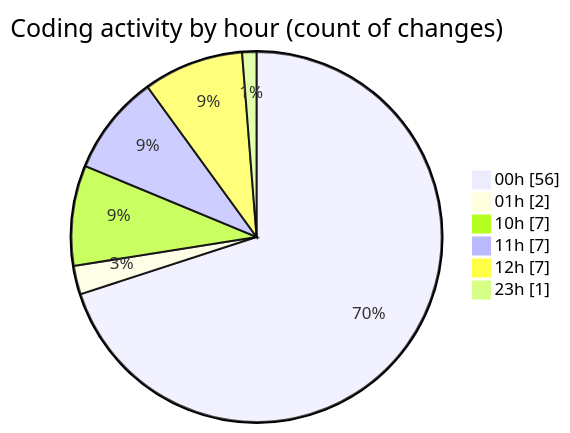
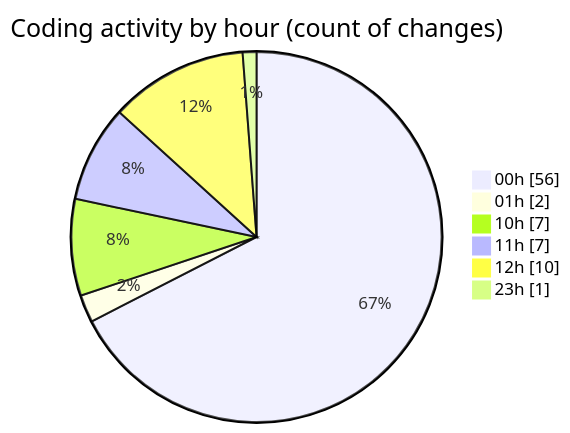
Before and after one commit to nxtqubesakshisongat/code-tracking: the second of 2 diagrams in 2026-03-15/nxtqube_webapp/README.md, drawn with Mermaid. The commit also changed other lines of this file and 1 other file, not shown here.

````diff
--- a/2026-03-15/nxtqube_webapp/README.md
+++ b/2026-03-15/nxtqube_webapp/README.md
@@ -32,10 +32,10 @@
 ```mermaid
 pie showData
 title Coding activity by hour (count of changes)
 "00h" : 56
 "01h" : 2
 "10h" : 7
 "11h" : 7
-"12h" : 7
+"12h" : 10
 "23h" : 1
 ```
````
